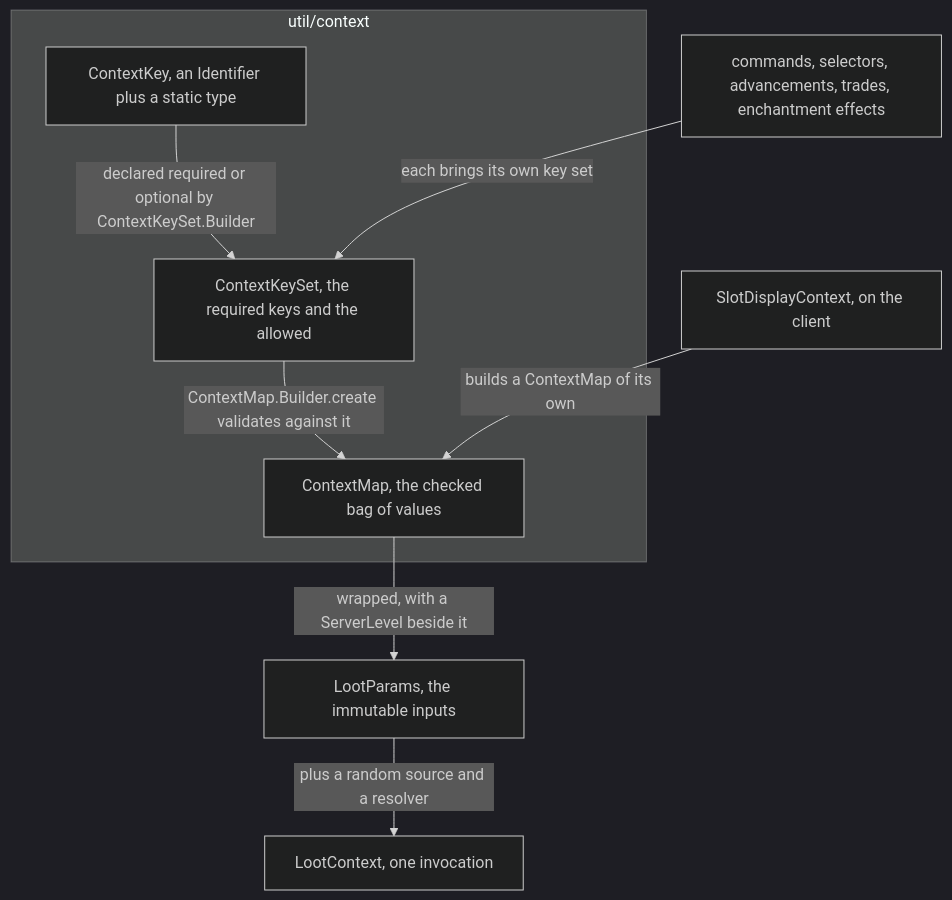
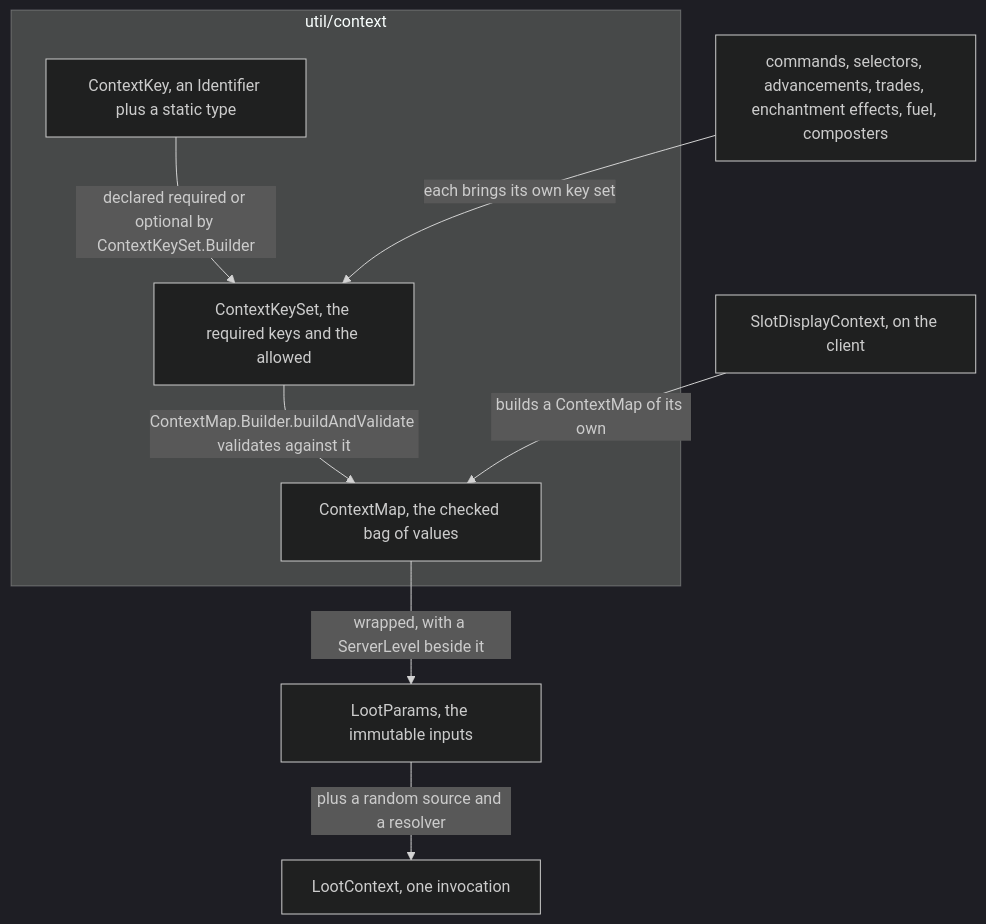
Before and after one commit to AlexanderjFraser/MinecraftDocs: the first of 2 diagrams in src/systems/items/contexts-and-predicates.md, drawn with Mermaid (dark theme). The commit also changed other lines of this file and 68 other files, not shown here.

````diff
--- a/src/systems/items/contexts-and-predicates.md
+++ b/src/systems/items/contexts-and-predicates.md
@@ -24,18 +24,18 @@
 ```mermaid
 flowchart TD
-    Callers["commands, selectors, advancements, trades, enchantment effects"]
+    Callers["commands, selectors, advancements, trades, enchantment effects, fuel, composters"]
     Client["SlotDisplayContext, on the client"]:::client
     subgraph U["util/context"]
         CK["ContextKey, an Identifier plus a static type"]
         CKS["ContextKeySet, the required keys and the allowed"]
         CMap["ContextMap, the checked bag of values"]
     end
     LPar["LootParams, the immutable inputs"]:::server
     LCtx["LootContext, one invocation"]:::server
     CK -->|"declared required or optional by ContextKeySet.Builder"| CKS
-    CKS -->|"ContextMap.Builder.create validates against it"| CMap
+    CKS -->|"ContextMap.Builder.buildAndValidate validates against it"| CMap
     Callers -->|"each brings its own key set"| CKS
     Client -->|"builds a ContextMap of its own"| CMap
     CMap -->|"wrapped, with a ServerLevel beside it"| LPar
     LPar -->|"plus a random source and a resolver"| LCtx
 ```
````
